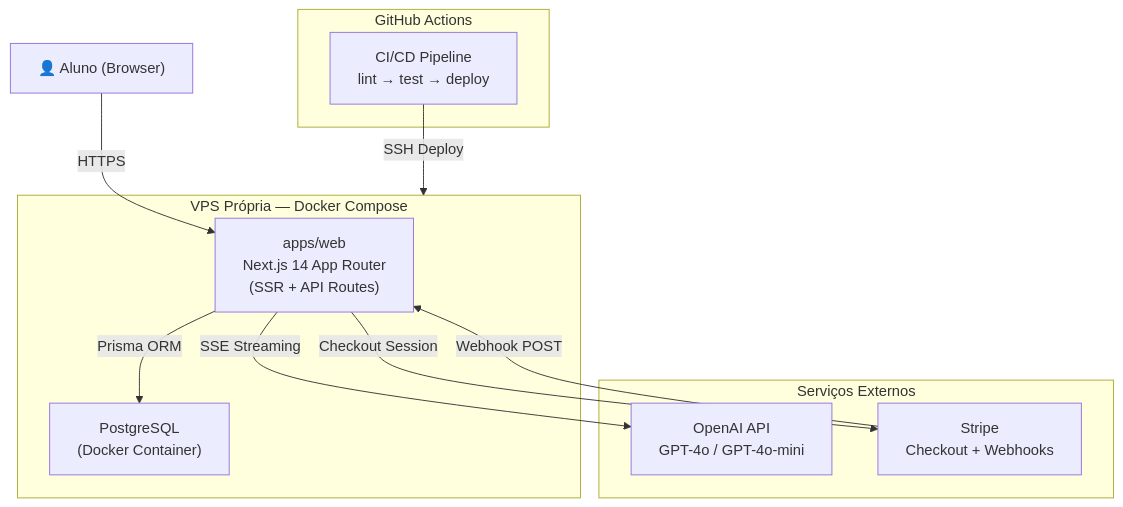
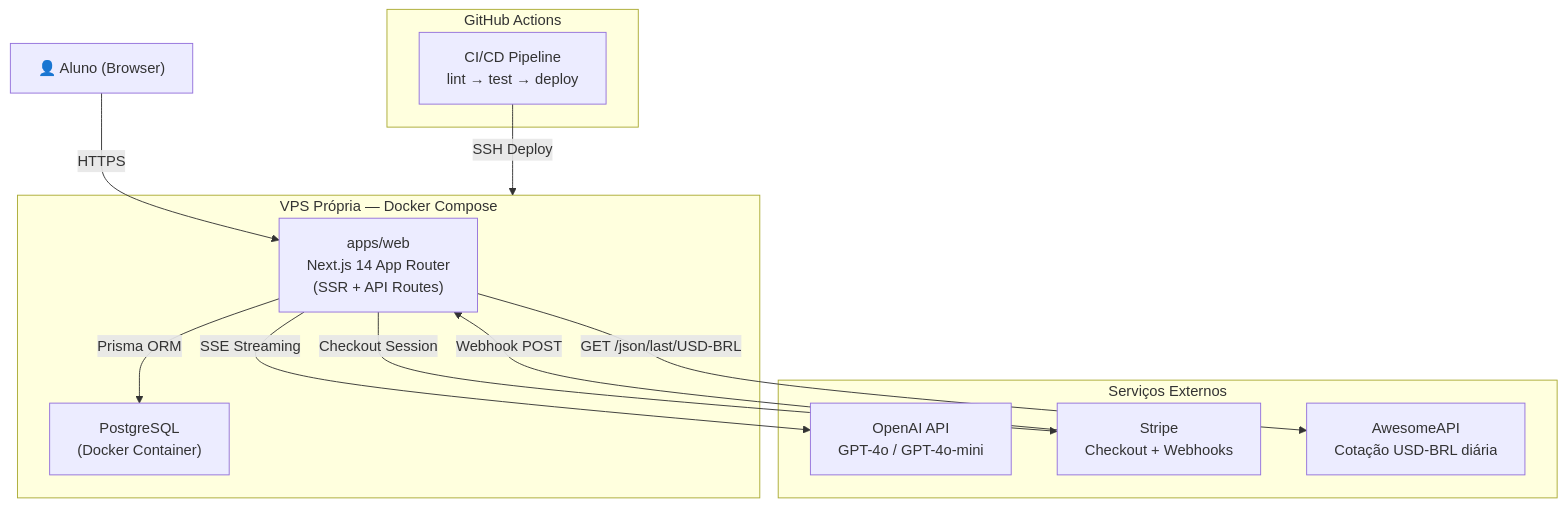
The diagram in docs/architecture.md (grupoeden1/sol-saas), drawn with Mermaid before and after one commit. The commit also changed other lines of this file and 67 other files, not shown here.

````diff
--- a/docs/architecture.md
+++ b/docs/architecture.md
@@ -43,25 +45,27 @@
 ```mermaid
 graph TB
     User["👤 Aluno (Browser)"]
 
     subgraph VPS["VPS Própria — Docker Compose"]
         Web["apps/web\nNext.js 14 App Router\n(SSR + API Routes)"]
         DB["PostgreSQL\n(Docker Container)"]
     end
 
     subgraph External["Serviços Externos"]
         OpenAI["OpenAI API\nGPT-4o / GPT-4o-mini"]
         Stripe["Stripe\nCheckout + Webhooks"]
+        AwesomeAPI["AwesomeAPI\nCotação USD-BRL diária"]
     end
 
     subgraph CI["GitHub Actions"]
         Pipeline["CI/CD Pipeline\nlint → test → deploy"]
     end
 
     User -->|"HTTPS"| Web
     Web -->|"Prisma ORM"| DB
     Web -->|"SSE Streaming"| OpenAI
     Web -->|"Checkout Session"| Stripe
     Stripe -->|"Webhook POST"| Web
+    Web -->|"GET /json/last/USD-BRL"| AwesomeAPI
     Pipeline -->|"SSH Deploy"| VPS
 ```
````
